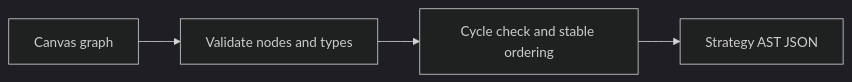
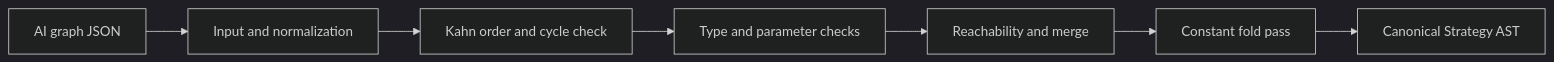
One commit to YashOnGit7/AlgoTrace changed the diagram in compiler/README.md. Above: the diagram before and after it, drawn with Mermaid (dark theme). The commit also changed other lines of this file and 49 other files, not shown here.

````diff
--- a/compiler/README.md
+++ b/compiler/README.md
@@ -6,6 +6,9 @@
 ```mermaid
 flowchart LR
-  Graph[Canvas graph] --> Validate[Validate nodes and types]
-  Validate --> Sort[Cycle check and stable ordering]
-  Sort --> AST[Strategy AST JSON]
+  Graph[AI graph JSON] --> Validate[Input and normalization]
+  Validate --> Sort[Kahn order and cycle check]
+  Sort --> Types[Type and parameter checks]
+  Types --> Reach[Reachability and merge]
+  Reach --> Fold[Constant fold pass]
+  Fold --> AST[Canonical Strategy AST]
 ```
````
